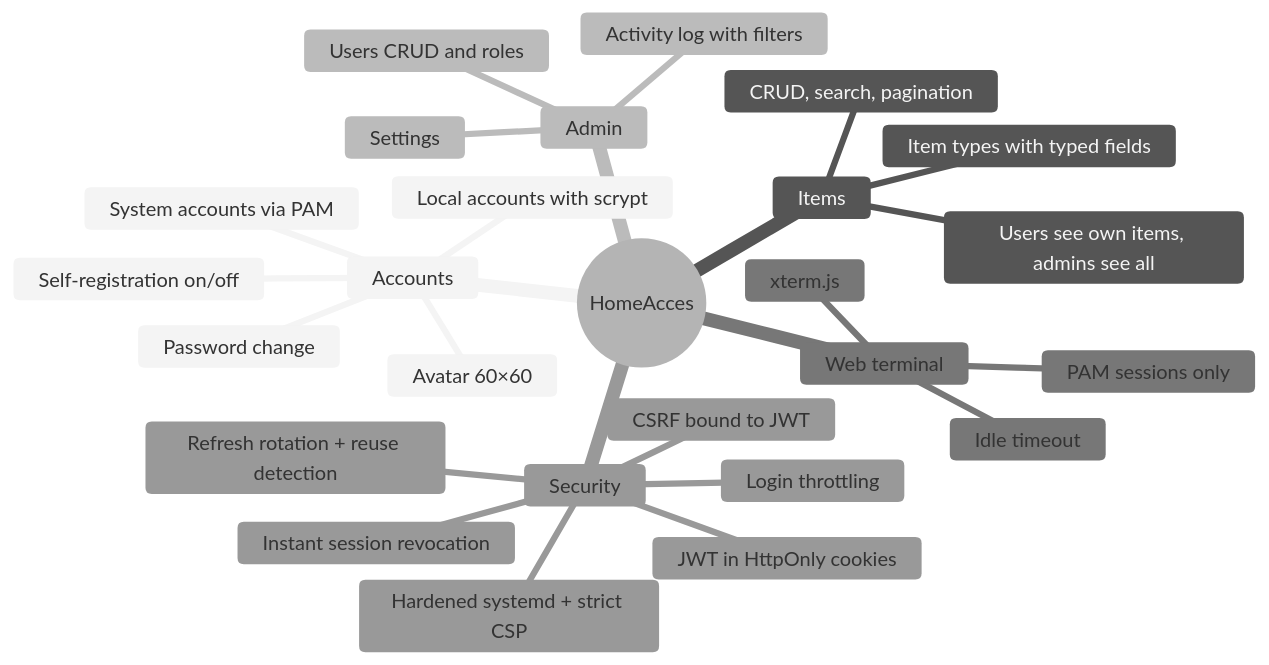
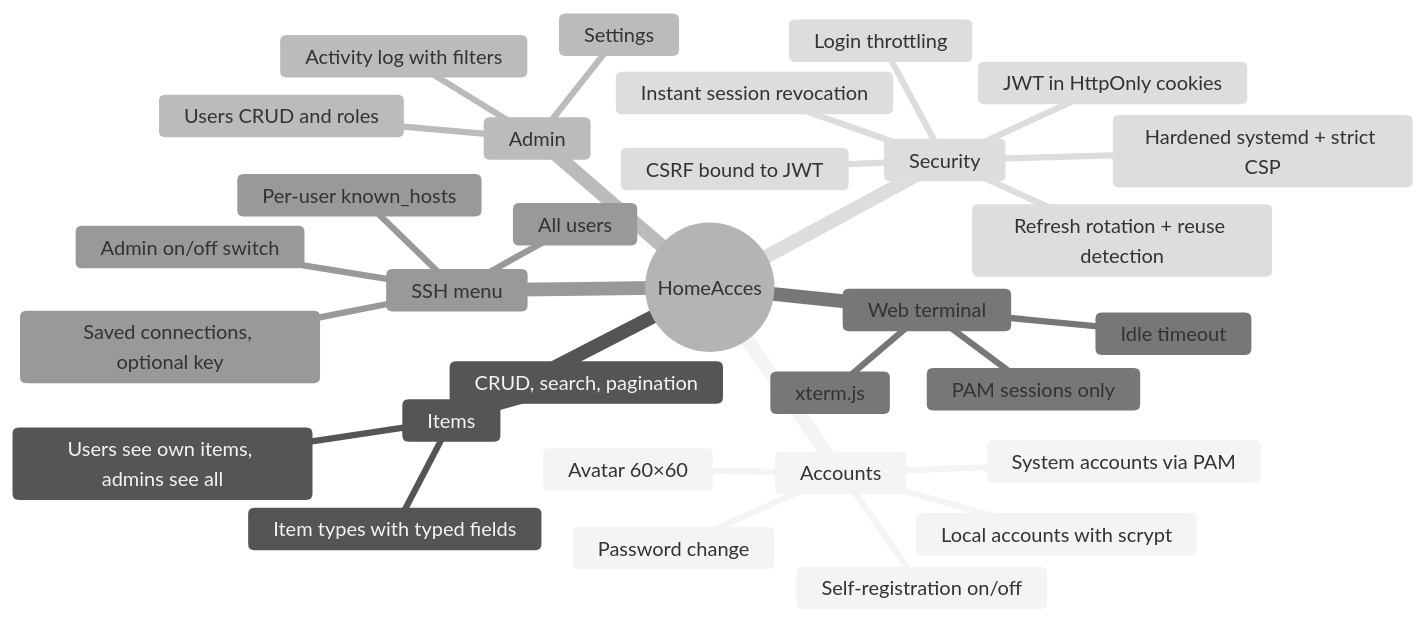
One commit to juanecito/Home_Access_Web changed the fourth of 4 diagrams in doc/01-architecture.md. Above: the diagram before and after it, drawn with Mermaid (neutral theme). The commit also changed other lines of this file and 40 other files, not shown here.

Commit message:
Add new SSH terminal for all users

````diff
--- a/doc/01-architecture.md
+++ b/doc/01-architecture.md
@@ -144,29 +169,34 @@
 ```mermaid
 mindmap
   root((HomeAcces))
     Accounts
       Local accounts with scrypt
       System accounts via PAM
       Self-registration on/off
       Avatar 60×60
       Password change
     Items
       CRUD, search, pagination
       Item types with typed fields
       Users see own items, admins see all
     Admin
       Users CRUD and roles
       Settings
       Activity log with filters
     Web terminal
       xterm.js
       PAM sessions only
       Idle timeout
+    SSH menu
+      All users
+      Saved connections, optional key
+      Per-user known_hosts
+      Admin on/off switch
     Security
       JWT in HttpOnly cookies
       CSRF bound to JWT
       Refresh rotation + reuse detection
       Instant session revocation
       Login throttling
       Hardened systemd + strict CSP
 ```
````
